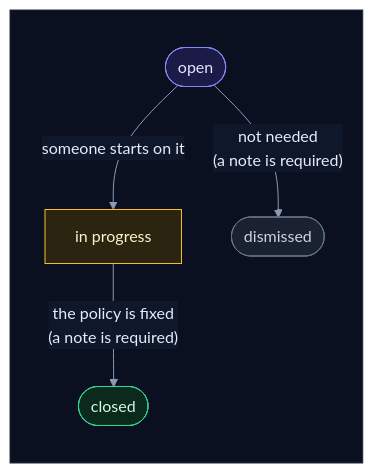
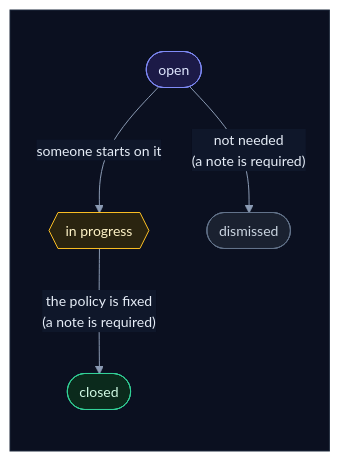
Diagram 16 of 57 in how_it_works.md (selvakumarperumal/Regulatory_Circular_Impact_Agent), drawn with Mermaid before and after one commit. The commit also changed other lines of this file and 5 other files, not shown here.

Commit message:
Give the docs' flowcharts a shape per kind of part, more room and slightly smaller text

````diff
--- a/how_it_works.md
+++ b/how_it_works.md
@@ -820,25 +820,25 @@
 ```mermaid
-%%{init: {"theme": "base", "flowchart": {"diagramPadding": 0}, "themeVariables": {"darkMode": true, "primaryColor": "#16213a", "primaryTextColor": "#e6edf7", "primaryBorderColor": "#475a7a", "lineColor": "#8b9bb4", "secondaryColor": "#1b2436", "tertiaryColor": "#101a2e", "edgeLabelBackground": "#0f172a", "textColor": "#e2e8f0", "clusterBkg": "#0f1728", "clusterBorder": "#2b3a55", "titleColor": "#c4b5fd", "nodeTextColor": "#e6edf7"}}}%%
+%%{init: {"theme": "base", "flowchart": {"diagramPadding": 0, "nodeSpacing": 58, "rankSpacing": 58, "curve": "basis"}, "themeVariables": {"fontSize": "14px", "darkMode": true, "primaryColor": "#16213a", "primaryTextColor": "#e6edf7", "primaryBorderColor": "#475a7a", "lineColor": "#8b9bb4", "secondaryColor": "#1b2436", "tertiaryColor": "#101a2e", "edgeLabelBackground": "#0f172a", "textColor": "#e2e8f0", "clusterBkg": "#0f1728", "clusterBorder": "#2b3a55", "titleColor": "#c4b5fd", "nodeTextColor": "#e6edf7"}}}%%
 flowchart TD
     subgraph canvas[" "]
         direction TB
-        o(["open"]) -->|"someone starts on it"| p["in progress"]
+        o(["open"]) -->|"someone starts on it"| p{{"in progress"}}
         p -->|"the policy is fixed<br/>(a note is required)"| c(["closed"])
         o -->|"not needed<br/>(a note is required)"| d(["dismissed"])
     end
     classDef svc fill:#0e2a2c,stroke:#2dd4bf,color:#ccfbf1
     classDef data fill:#1c1a47,stroke:#818cf8,color:#e0e7ff
     classDef ext fill:#2a1640,stroke:#c084fc,color:#f3e8ff
     classDef gpu fill:#2d1b0c,stroke:#fb923c,color:#ffedd5
     classDef ask fill:#2a2410,stroke:#fbbf24,color:#fef3c7
     classDef ok fill:#0b2a1c,stroke:#34d399,color:#d1fae5
     classDef bad fill:#2e0f17,stroke:#fb7185,color:#ffe4e6
     classDef start fill:#1c2a0e,stroke:#a7ef6f,color:#ecfccb
     classDef muted fill:#1a2130,stroke:#64748b,color:#cbd5e1
     classDef queue fill:#0c2231,stroke:#38bdf8,color:#e0f2fe
     class o data
     class p ask
     class c ok
     class d muted
     style canvas fill:#0b1020,stroke:#1e293b,color:#0b1020
 ```
````
